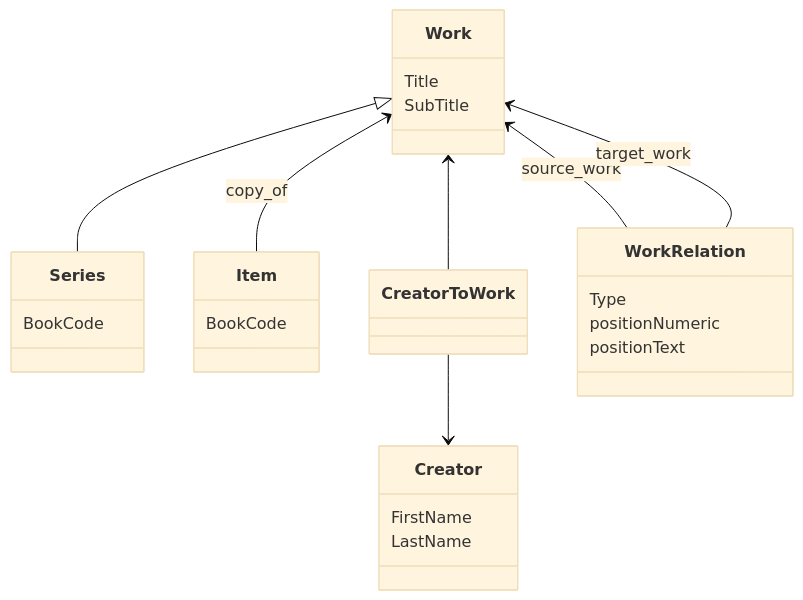
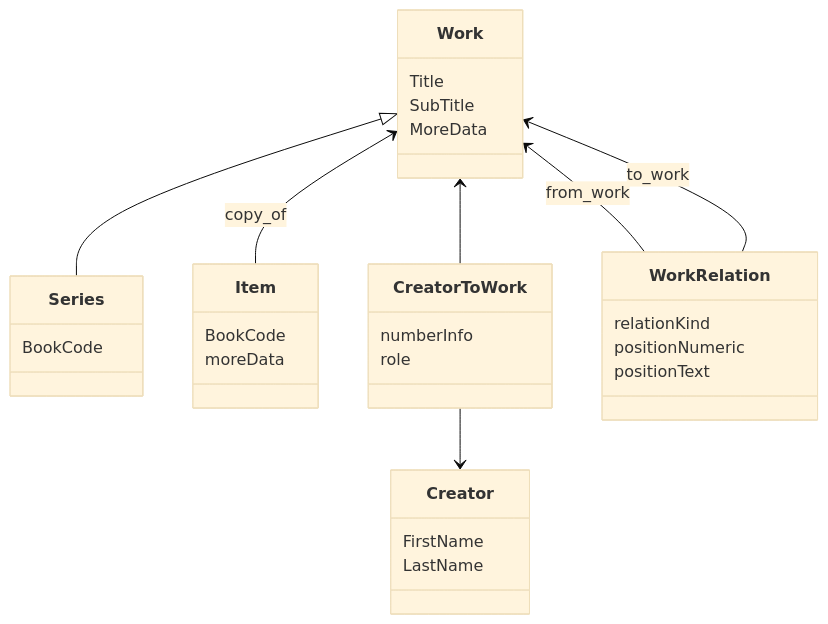
One commit to Bellettrie/library_system changed the first of 2 diagrams in works/models/work_relation.md. Above: the diagram before and after it, drawn with Mermaid (base theme). The commit also changed other lines of this file and 3 other files, not shown here.

````diff
--- a/works/models/work_relation.md
+++ b/works/models/work_relation.md
@@ -14,18 +14,22 @@
 ```mermaid
 classDiagram
     Work <|-- Series
     Work <-- Item:copy_of
     Item: BookCode
+    Item: moreData
     Series: BookCode
     Work : Title
     Work : SubTitle
+    Work:  MoreData
     Work <-- CreatorToWork
+    CreatorToWork: numberInfo
+    CreatorToWork: role
     CreatorToWork --> Creator
     Creator: FirstName
     Creator: LastName
-    Work <-- WorkRelation:source_work
-    Work <-- WorkRelation:target_work
-    WorkRelation: Type
+    Work <-- WorkRelation:from_work
+    Work <-- WorkRelation:to_work
+    WorkRelation: relationKind
     WorkRelation: positionNumeric
     WorkRelation: positionText
 ```
````
